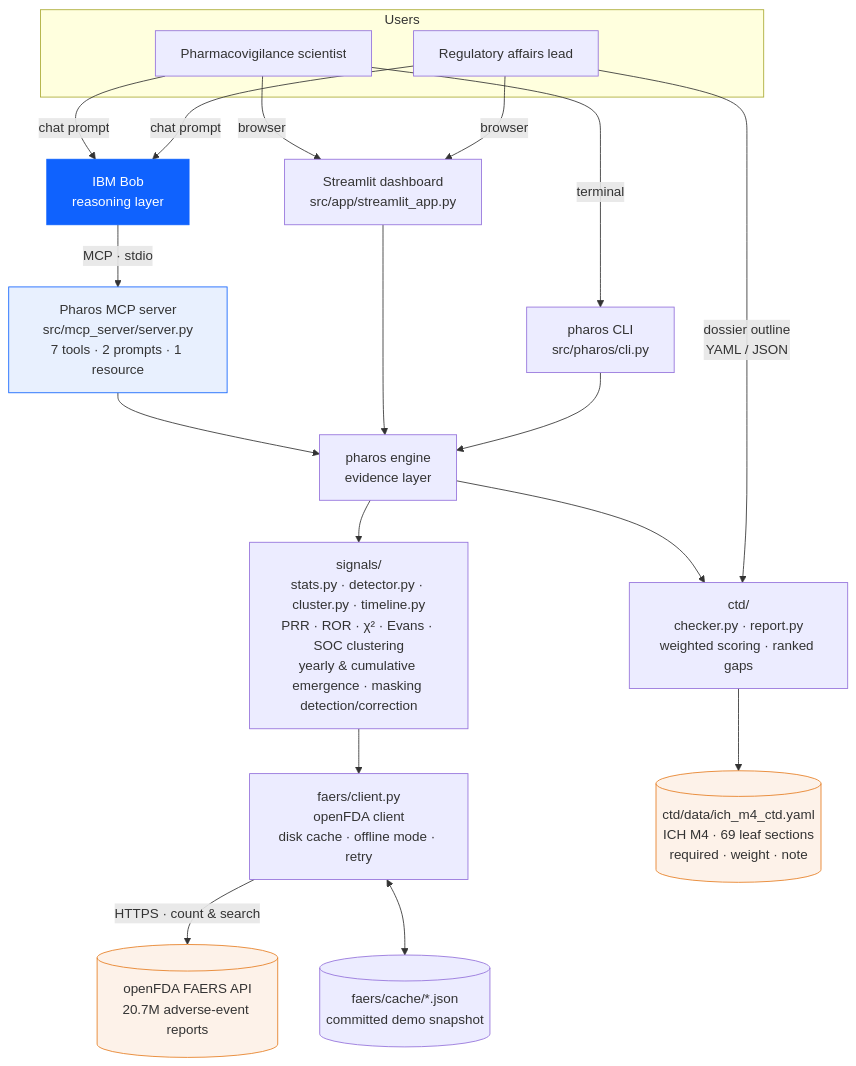
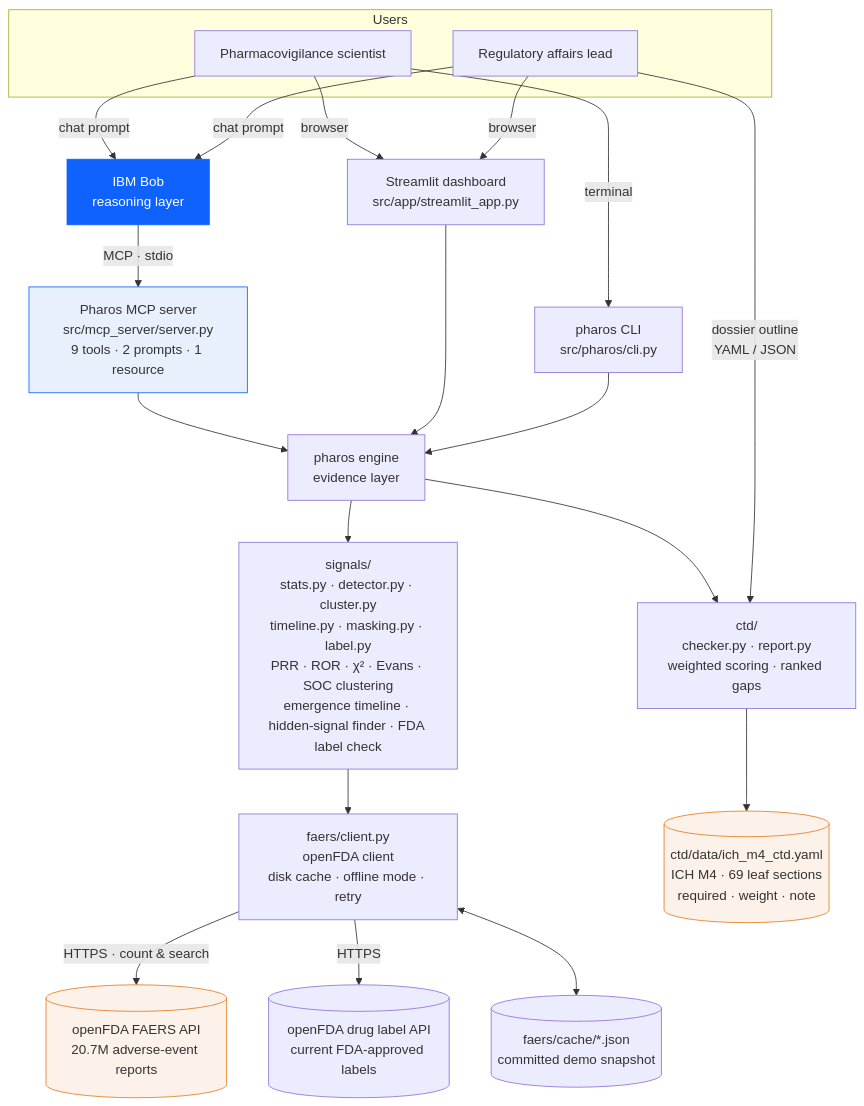
Before and after one commit to Jainishcodee/bob-ai-hackathon-Sudo-Salingers: the diagram in docs/architecture.md, drawn with Mermaid. The commit also changed other lines of this file and 44 other files, not shown here.

````diff
--- a/docs/architecture.md
+++ b/docs/architecture.md
@@ -5,34 +5,35 @@
 ```mermaid
 graph TD
     subgraph Users
         PV[Pharmacovigilance scientist]
         RA[Regulatory affairs lead]
     end
 
     PV -->|chat prompt| BOB[IBM Bob<br/>reasoning layer]
     RA -->|chat prompt| BOB
     PV -->|browser| UI[Streamlit dashboard<br/>src/app/streamlit_app.py]
     RA -->|browser| UI
     PV -->|terminal| CLI[pharos CLI<br/>src/pharos/cli.py]
 
-    BOB -->|MCP · stdio| MCP[Pharos MCP server<br/>src/mcp_server/server.py<br/>7 tools · 2 prompts · 1 resource]
+    BOB -->|MCP · stdio| MCP[Pharos MCP server<br/>src/mcp_server/server.py<br/>9 tools · 2 prompts · 1 resource]
 
     MCP --> ENG[pharos engine<br/>evidence layer]
     UI --> ENG
     CLI --> ENG
 
-    ENG --> SIG[signals/<br/>stats.py · detector.py · cluster.py · timeline.py<br/>PRR · ROR · χ² · Evans · SOC clustering<br/>yearly & cumulative emergence · masking detection/correction]
+    ENG --> SIG[signals/<br/>stats.py · detector.py · cluster.py<br/>timeline.py · masking.py · label.py<br/>PRR · ROR · χ² · Evans · SOC clustering<br/>emergence timeline · hidden-signal finder · FDA label check]
     ENG --> CTD[ctd/<br/>checker.py · report.py<br/>weighted scoring · ranked gaps]
 
     SIG --> CLIENT[faers/client.py<br/>openFDA client<br/>disk cache · offline mode · retry]
     CLIENT -->|HTTPS · count & search| FDA[(openFDA FAERS API<br/>20.7M adverse-event reports)]
+    CLIENT -->|HTTPS| LBL[(openFDA drug label API<br/>current FDA-approved labels)]
     CLIENT <--> CACHE[(faers/cache/*.json<br/>committed demo snapshot)]
 
     CTD --> SPEC[(ctd/data/ich_m4_ctd.yaml<br/>ICH M4 · 69 leaf sections<br/>required · weight · note)]
     RA -->|dossier outline<br/>YAML / JSON| CTD
 
     style BOB fill:#0f62fe,color:#fff,stroke:#0f62fe
     style MCP fill:#e8f0fe,stroke:#0f62fe
     style FDA fill:#fdf2e9,stroke:#e67e22
     style SPEC fill:#fdf2e9,stroke:#e67e22
 ```
````
